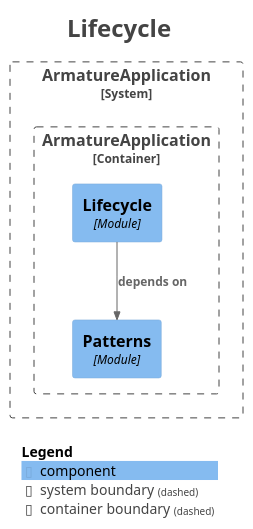
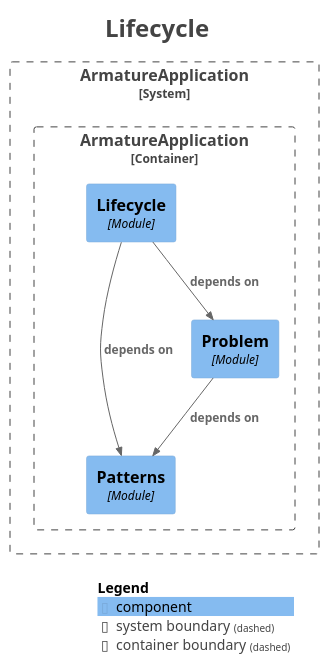
The diagram in docs/architecture/modules/module-lifecycle.puml (jayhamilton/armature), drawn with PlantUML before and after one commit. The commit also changed 41 other files, not shown here.

Commit message:
Document INC-01a: conformance, patterns, diagrams, skills, report

```diff
--- a/docs/architecture/modules/module-lifecycle.puml
+++ b/docs/architecture/modules/module-lifecycle.puml
@@ -1,30 +1,33 @@
 @startuml
 title <size:24>Lifecycle</size>
 
 set separator none
 top to bottom direction
 
 <style>
   root {
     BackgroundColor: #ffffff
     FontColor: #444444
   }
 </style>
 
 !include <C4/C4>
 !include <C4/C4_Context>
 !include <C4/C4_Component>
 
 System_Boundary("ArmatureApplication_boundary", "ArmatureApplication", $tags="") {
   Container_Boundary("ArmatureApplication.ArmatureApplication_boundary", "ArmatureApplication", $tags="") {
+    Component(ArmatureApplication.ArmatureApplication.Lifecycle, "Lifecycle", $techn="Module", $descr="", $tags="", $link="")
     Component(ArmatureApplication.ArmatureApplication.Patterns, "Patterns", $techn="Module", $descr="", $tags="", $link="")
-    Component(ArmatureApplication.ArmatureApplication.Lifecycle, "Lifecycle", $techn="Module", $descr="", $tags="", $link="")
+    Component(ArmatureApplication.ArmatureApplication.Problem, "Problem", $techn="Module", $descr="", $tags="", $link="")
   }
 
 }
 
 Rel(ArmatureApplication.ArmatureApplication.Lifecycle, ArmatureApplication.ArmatureApplication.Patterns, "depends on", $techn="", $tags="", $link="")
+Rel(ArmatureApplication.ArmatureApplication.Lifecycle, ArmatureApplication.ArmatureApplication.Problem, "depends on", $techn="", $tags="", $link="")
+Rel(ArmatureApplication.ArmatureApplication.Problem, ArmatureApplication.ArmatureApplication.Patterns, "depends on", $techn="", $tags="", $link="")
 
 SHOW_LEGEND(true)
 hide stereotypes
 @enduml
```
